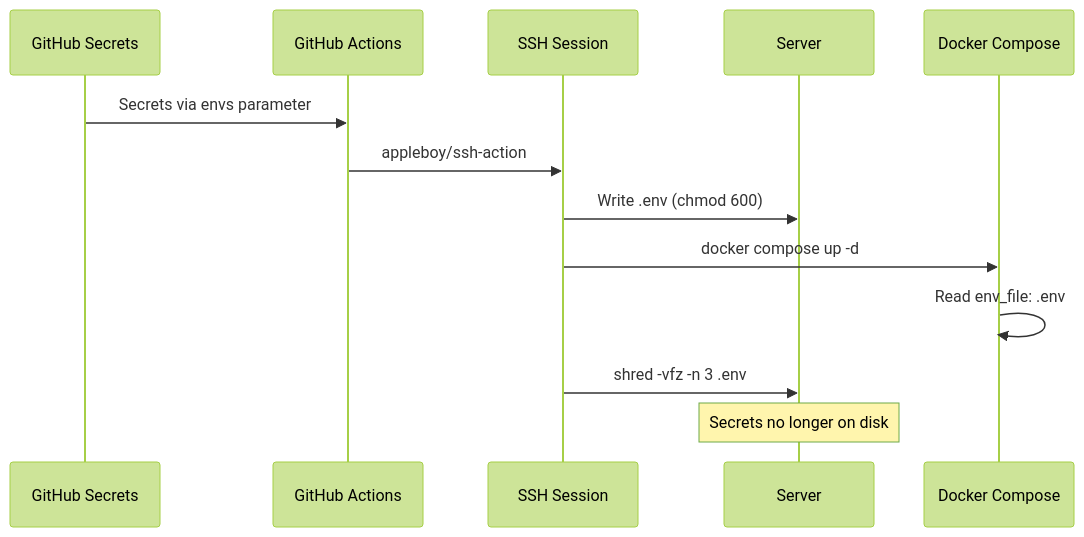
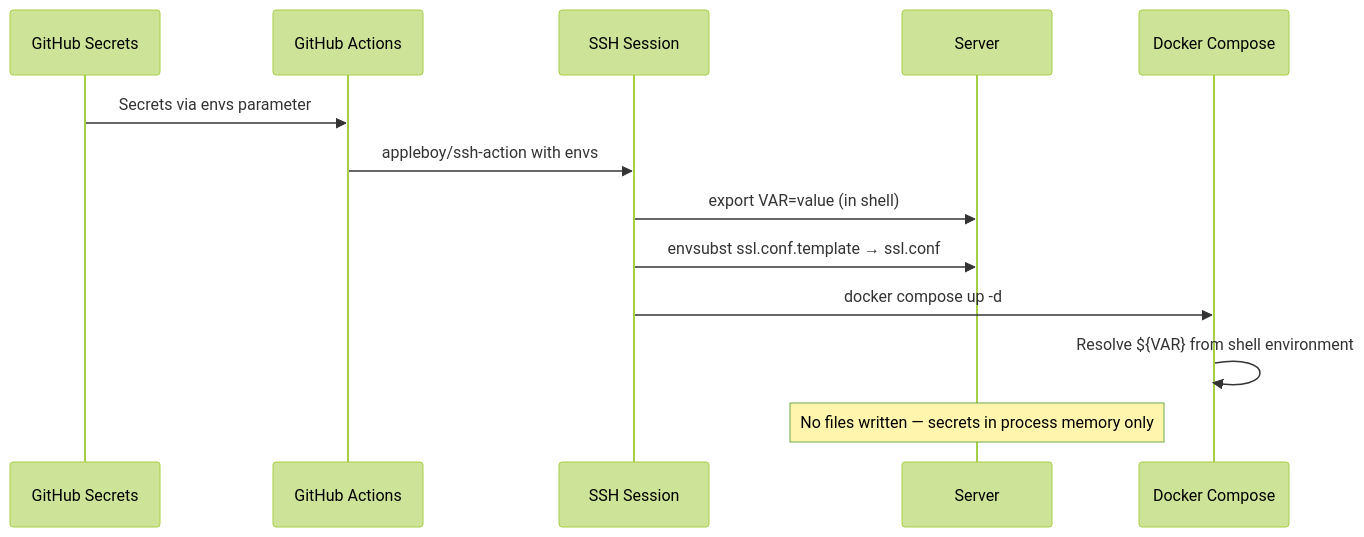
One commit to Aleksei-Michnik/myfinpro changed the diagram in docs/server-setup-guide.md. Above: the diagram before and after it, drawn with Mermaid (forest theme). The commit also changed other lines of this file and 12 other files, not shown here.

First line of the commit message:
feat(infra): SSL-only deployment with domain secrets, no .env files

````diff
--- a/docs/server-setup-guide.md
+++ b/docs/server-setup-guide.md
@@ -1112,16 +1022,16 @@
 ```mermaid
 sequenceDiagram
     participant GS as GitHub Secrets
     participant GA as GitHub Actions
     participant SSH as SSH Session
     participant Srv as Server
     participant DC as Docker Compose
 
     GS->>GA: Secrets via envs parameter
-    GA->>SSH: appleboy/ssh-action
-    SSH->>Srv: Write .env (chmod 600)
+    GA->>SSH: appleboy/ssh-action with envs
+    SSH->>Srv: export VAR=value (in shell)
+    SSH->>Srv: envsubst ssl.conf.template → ssl.conf
     SSH->>DC: docker compose up -d
-    DC->>DC: Read env_file: .env
-    SSH->>Srv: shred -vfz -n 3 .env
-    Note over Srv: Secrets no longer on disk
+    DC->>DC: Resolve ${VAR} from shell environment
+    Note over Srv: No files written — secrets in process memory only
 ```
````
